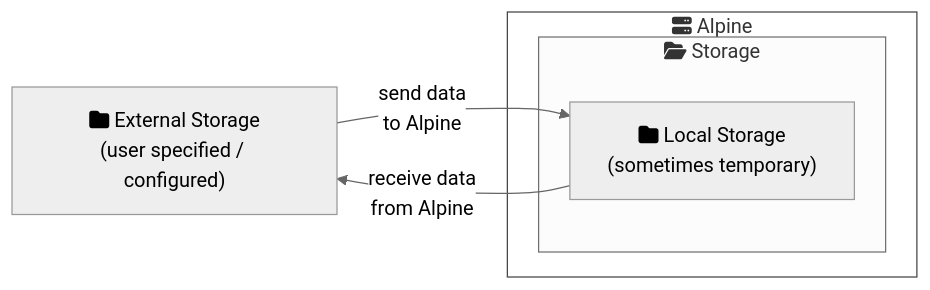
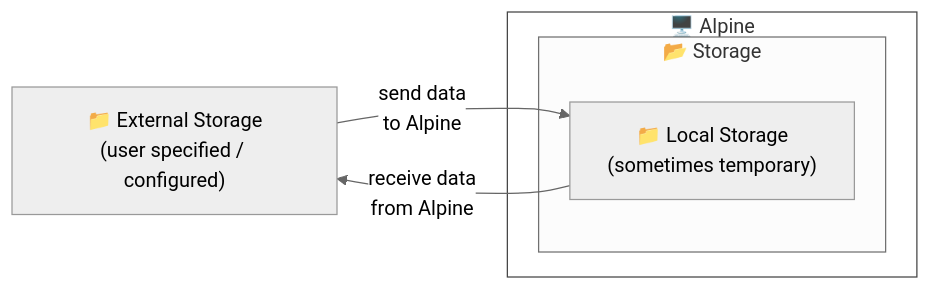
One commit to CU-DBMI/example-hpc-alpine-python changed the sixth of 7 diagrams in README.md. Above: the diagram before and after it, drawn with Mermaid (neutral theme). The commit also changed other lines of this file, not shown here.

````diff
--- a/README.md
+++ b/README.md
@@ -209,14 +207,14 @@
 ```mermaid
 flowchart LR
-    external_storage["fa:fa-folder External Storage\n(user specified / configured)"]
-    subgraph alpine["fa:fa-server Alpine"]
-        subgraph storage["fa:fa-folder-open Storage"]
-            local_storage["fa:fa-folder Local Storage\n(sometimes temporary)"]
+    external_storage["📁 External Storage\n(user specified / configured)"]
+    subgraph alpine["🖥️ Alpine"]
+        subgraph storage["📂 Storage"]
+            local_storage["📁 Local Storage\n(sometimes temporary)"]
         end
     end
     
     external_storage --> | send data\nto Alpine | local_storage
     local_storage --> | receive data\nfrom Alpine | external_storage
 
 style alpine fill:#ffffff,stroke:#444444;
 ```
````
